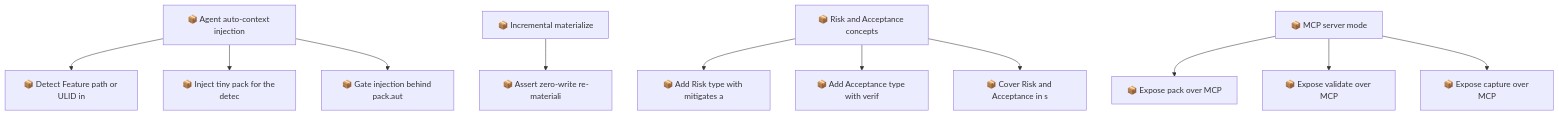
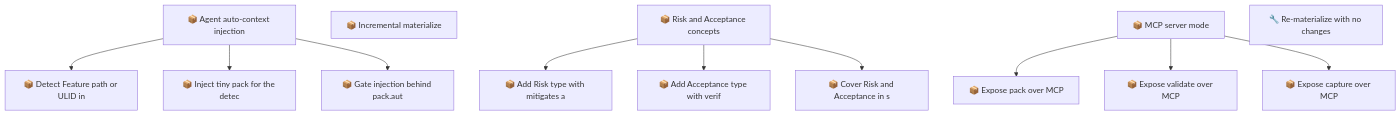
One commit to SpillwaveSolutions/project-knowledge-capture changed the second of 2 diagrams in docs/roadmap.md. Above: the diagram before and after it, drawn with Mermaid. The commit also changed other lines of this file and 17 other files, not shown here.

````diff
--- a/docs/roadmap.md
+++ b/docs/roadmap.md
@@ -115,27 +112,26 @@
 ```mermaid
 graph TD
     01KZ75NC58VJD8E219BYAYPBPA["📦 Agent auto-context injection"]
     01KZ75NQ2VDVFD3R9F0SV38YEN["📦 Incremental materialize"]
     01KZ75NQ7VFPF3YESB5P90DR29["📦 Risk and Acceptance concepts"]
     01KZ75NQCMYGFYRCVJATEBVBRB["📦 MCP server mode"]
     01KZ75R1ZYFEZVPWDY73CK4P4N["📦 Detect Feature path or ULID in"]
     01KZ75R254CS97W8MNX9CV3SNF["📦 Inject tiny pack for the detec"]
     01KZ75R2ADREHM3JD22V5C5HE7["📦 Gate injection behind pack.aut"]
-    01KZ75R2TEF13SKZYZ3DSBS5BZ["📦 Assert zero-write re-materiali"]
     01KZ75R2ZJGMNBHD82WZXPCNX4["📦 Add Risk type with mitigates a"]
     01KZ75R34PGN7WH6HCP44B85A2["📦 Add Acceptance type with verif"]
     01KZ75R39PENN65G92HKA108H3["📦 Cover Risk and Acceptance in s"]
     01KZ75R3EXEG4GVGRP2S9CCKZ4["📦 Expose pack over MCP"]
     01KZ75R3M6BYQ643NKDCCSEEZC["📦 Expose validate over MCP"]
     01KZ75R3S2X1G4PCTGMMSR8BWA["📦 Expose capture over MCP"]
+    01KZD15ZR0JEKW6FA0HXM7W9CG["🔧 Re-materialize with no changes"]
     01KZ75NC58VJD8E219BYAYPBPA --> 01KZ75R1ZYFEZVPWDY73CK4P4N
     01KZ75NC58VJD8E219BYAYPBPA --> 01KZ75R254CS97W8MNX9CV3SNF
     01KZ75NC58VJD8E219BYAYPBPA --> 01KZ75R2ADREHM3JD22V5C5HE7
-    01KZ75NQ2VDVFD3R9F0SV38YEN --> 01KZ75R2TEF13SKZYZ3DSBS5BZ
     01KZ75NQ7VFPF3YESB5P90DR29 --> 01KZ75R2ZJGMNBHD82WZXPCNX4
     01KZ75NQ7VFPF3YESB5P90DR29 --> 01KZ75R34PGN7WH6HCP44B85A2
     01KZ75NQ7VFPF3YESB5P90DR29 --> 01KZ75R39PENN65G92HKA108H3
     01KZ75NQCMYGFYRCVJATEBVBRB --> 01KZ75R3EXEG4GVGRP2S9CCKZ4
     01KZ75NQCMYGFYRCVJATEBVBRB --> 01KZ75R3M6BYQ643NKDCCSEEZC
     01KZ75NQCMYGFYRCVJATEBVBRB --> 01KZ75R3S2X1G4PCTGMMSR8BWA
 ```
````
